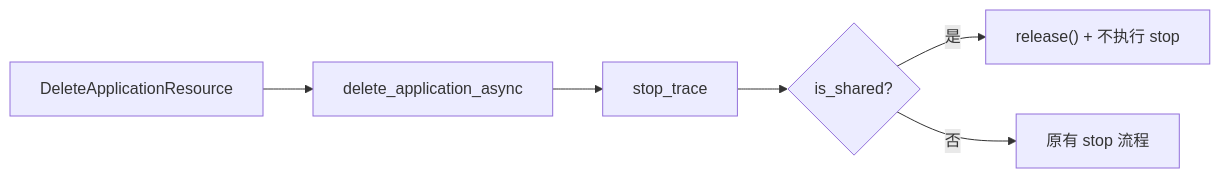
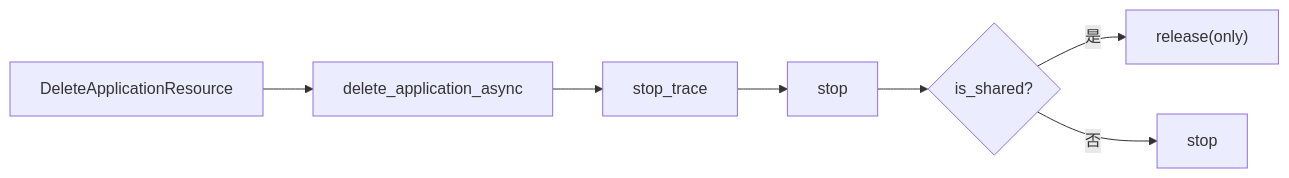
The tenth of 10 diagrams in knowledge/bkmonitor/issues/2026-03-03-apm-shared-datasource/PLAN.md (ZhuoZhuoCrayon/ai-workspace), drawn with Mermaid before and after one commit. The commit also changed other lines of this file, not shown here.

First line of the commit message:
docs(bkmonitor): refine APM shared datasource PLAN structure and diagrams

````diff
--- a/knowledge/bkmonitor/issues/2026-03-03-apm-shared-datasource/PLAN.md
+++ b/knowledge/bkmonitor/issues/2026-03-03-apm-shared-datasource/PLAN.md
@@ -319,8 +348,9 @@
 ```mermaid
 flowchart LR
     A[DeleteApplicationResource] --> B[delete_application_async]
     B --> C[stop_trace]
-    C --> D{is_shared?}
-    D -->|是| E["release() + 不执行 stop"]
-    D -->|否| F[原有 stop 流程]
+    C --> D[stop]
+    D --> E{is_shared?}
+    E -->|是| F["release(only)"]
+    E -->|否| G["stop"]
 ```
````
